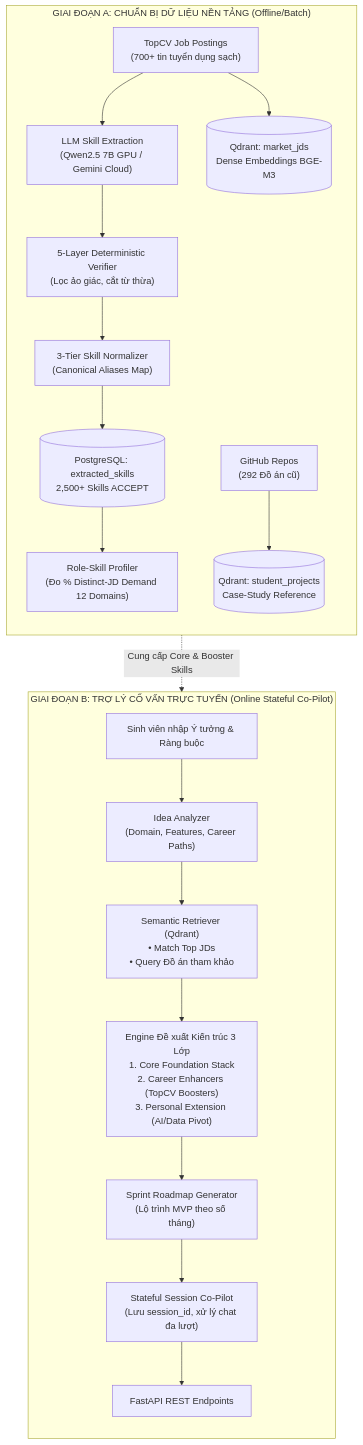
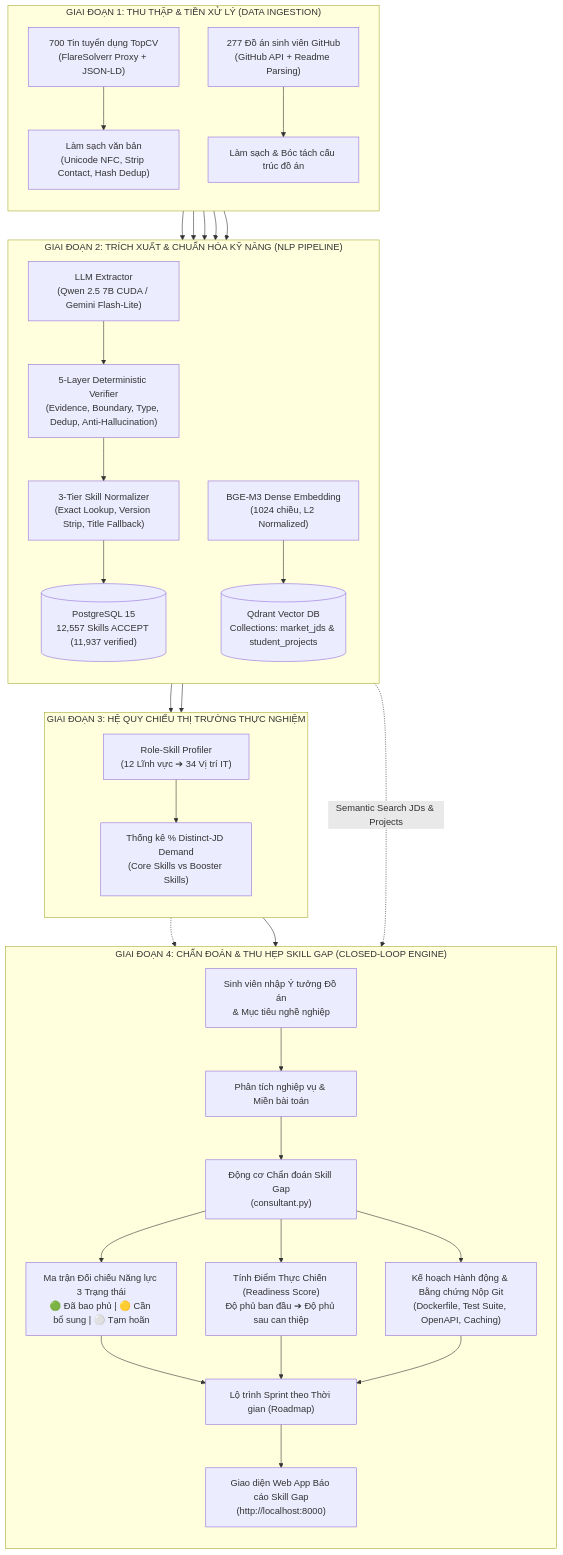
The second of 2 diagrams in README.md (PoemN-1212/AISC26_LUSTRA_GEM), drawn with Mermaid before and after one commit. The commit also changed other lines of this file and 9 other files, not shown here.

````diff
--- a/README.md
+++ b/README.md
@@ -125,27 +144,49 @@
 ```mermaid
-flowchart TB
-    subgraph DATA_PREP ["GIAI ĐOẠN A: CHUẨN BỊ DỮ LIỆU NỀN TẢNG (Offline/Batch)"]
+flowchart TD
+    %% STAGE 1: INGESTION
+    subgraph S1 ["GIAI ĐOẠN 1: THU THẬP & TIỀN XỬ LÝ (DATA INGESTION)"]
         direction TB
-        TOPCV["TopCV Job Postings<br/>(700+ tin tuyển dụng sạch)"] --> EXT_ENGINE["LLM Skill Extraction<br/>(Qwen2.5 7B GPU / Gemini Cloud)"]
-        EXT_ENGINE --> VERIFIER["5-Layer Deterministic Verifier<br/>(Lọc ảo giác, cắt từ thừa)"]
-        VERIFIER --> NORM["3-Tier Skill Normalizer<br/>(Canonical Aliases Map)"]
-        NORM --> DB_SKILLS[("PostgreSQL: extracted_skills<br/>2,500+ Skills ACCEPT")]
-        
-        DB_SKILLS --> ROLE_PROF["Role-Skill Profiler<br/>(Đo % Distinct-JD Demand 12 Domains)"]
-        TOPCV --> QDRANT_JDS[("Qdrant: market_jds<br/>Dense Embeddings BGE-M3")]
-        GITHUB["GitHub Repos<br/>(292 Đồ án cũ)"] --> QDRANT_PROJ[("Qdrant: student_projects<br/>Case-Study Reference")]
+        RAW_TOPCV["700 Tin tuyển dụng TopCV<br/>(FlareSolverr Proxy + JSON-LD)"] --> CLEAN_JD["Làm sạch văn bản<br/>(Unicode NFC, Strip Contact, Hash Dedup)"]
+        RAW_GH["277 Đồ án sinh viên GitHub<br/>(GitHub API + Readme Parsing)"] --> CLEAN_GH["Làm sạch & Bóc tách cấu trúc đồ án"]
     end
 
-    subgraph ONLINE_ADVISORY ["GIAI ĐOẠN B: TRỢ LÝ CỐ VẤN TRỰC TUYẾN (Online Stateful Co-Pilot)"]
+    %% STAGE 2: EXTRACTION & NORMALIZATION
+    subgraph S2 ["GIAI ĐOẠN 2: TRÍCH XUẤT & CHUẨN HÓA KỸ NĂNG (NLP PIPELINE)"]
         direction TB
-        STUDENT["Sinh viên nhập Ý tưởng & Ràng buộc"] --> ANALYZER["Idea Analyzer<br/>(Domain, Features, Career Paths)"]
-        ANALYZER --> RETRIEVER["Semantic Retriever (Qdrant)<br/>• Match Top JDs<br/>• Query Đồ án tham khảo"]
+        CLEAN_JD & CLEAN_GH --> EXTRACTOR["LLM Extractor<br/>(Qwen 2.5 7B CUDA / Gemini Flash-Lite)"]
+        EXTRACTOR --> VERIFIER["5-Layer Deterministic Verifier<br/>(Evidence, Boundary, Type, Dedup, Anti-Hallucination)"]
+        VERIFIER --> NORMALIZER["3-Tier Skill Normalizer<br/>(Exact Lookup, Version Strip, Title Fallback)"]
         
-        RETRIEVER --> ENGINE_3L["Engine Đề xuất Kiến trúc 3 Lớp<br/>1. Core Foundation Stack<br/>2. Career Enhancers (TopCV Boosters)<br/>3. Personal Extension (AI/Data Pivot)"]
+        NORMALIZER --> PG_DB[("PostgreSQL 15<br/>12,557 Skills ACCEPT (11,937 verified)")]
+        CLEAN_JD & CLEAN_GH --> BGE_M3["BGE-M3 Dense Embedding<br/>(1024 chiều, L2 Normalized)"]
+        BGE_M3 --> QDRANT_DB[("Qdrant Vector DB<br/>Collections: market_jds & student_projects")]
+    end
+
+    %% STAGE 3: ROLE PROFILING
+    subgraph S3 ["GIAI ĐOẠN 3: HỆ QUY CHIẾU THỊ TRƯỜNG THỰC NGHIỆM"]
+        direction TB
+        PG_DB --> PROFILER["Role-Skill Profiler<br/>(12 Lĩnh vực ➔ 34 Vị trí IT)"]
+        PROFILER --> DEMAND_METRICS["Thống kê % Distinct-JD Demand<br/>(Core Skills vs Booster Skills)"]
+    end
+
+    %% STAGE 4: SKILL GAP ENGINE
+    subgraph S4 ["GIAI ĐOẠN 4: CHẨN ĐOÁN & THU HẸP SKILL GAP (CLOSED-LOOP ENGINE)"]
+        direction TB
+        STUDENT["Sinh viên nhập Ý tưởng Đồ án<br/>& Mục tiêu nghề nghiệp"] --> IDEA_PARSER["Phân tích nghiệp vụ & Miền bài toán"]
+        IDEA_PARSER --> GAP_DIAGNOSIS["Động cơ Chẩn đoán Skill Gap<br/>(consultant.py)"]
         
-        ROLE_PROF -.->|Cung cấp Core & Booster Skills| ENGINE_3L
-        ENGINE_3L --> ROADMAP["Sprint Roadmap Generator<br/>(Lộ trình MVP theo số tháng)"]
-        ROADMAP --> SESSION_MGR["Stateful Session Co-Pilot<br/>(Lưu session_id, xử lý chat đa lượt)"]
-        SESSION_MGR --> API_OUT["FastAPI REST Endpoints"]
+        DEMAND_METRICS -.-> GAP_DIAGNOSIS
+        QDRANT_DB -.->|Semantic Search JDs & Projects| GAP_DIAGNOSIS
+        
+        GAP_DIAGNOSIS --> MATRIX["Ma trận Đối chiếu Năng lực 3 Trạng thái<br/>🟢 Đã bao phủ | 🟡 Cần bổ sung | ⚪ Tạm hoãn"]
+        GAP_DIAGNOSIS --> SCORE["Tính Điểm Thực Chiến (Readiness Score)<br/>Độ phủ ban đầu ➔ Độ phủ sau can thiệp"]
+        GAP_DIAGNOSIS --> ACTIONS["Kế hoạch Hành động & Bằng chứng Nộp Git<br/>(Dockerfile, Test Suite, OpenAPI, Caching)"]
+        
+        MATRIX & SCORE & ACTIONS --> ROADMAP["Lộ trình Sprint theo Thời gian (Roadmap)"]
+        ROADMAP --> UI["Giao diện Web App Báo cáo Skill Gap<br/>(http://localhost:8000)"]
     end
+
+    S1 --> S2
+    S2 --> S3
+    S3 --> S4
 ```
````
